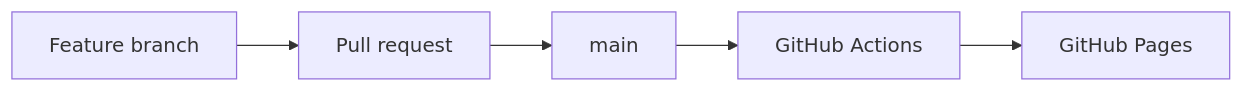
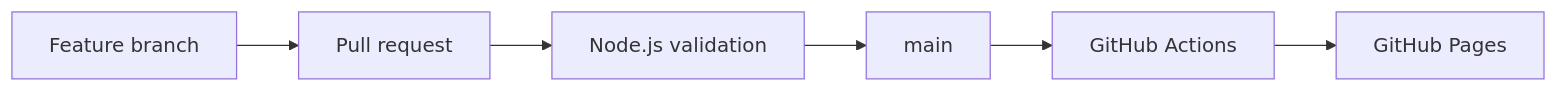
Before and after one commit to shakha1210-pixel/About-me-Portfolio: the third of 3 diagrams in .meta/architecture/system-overview.md, drawn with Mermaid. The commit also changed other lines of this file, not shown here.

Commit message:
Document validation and CI architecture

````diff
--- a/.meta/architecture/system-overview.md
+++ b/.meta/architecture/system-overview.md
@@ -73,7 +77,8 @@
 ```mermaid
 flowchart LR
     Feature["Feature branch"] --> Review["Pull request"]
-    Review --> Main["main"]
+    Review --> Validate["Node.js validation"]
+    Validate --> Main["main"]
     Main --> Workflow["GitHub Actions"]
     Workflow --> Pages["GitHub Pages"]
 ```
````
